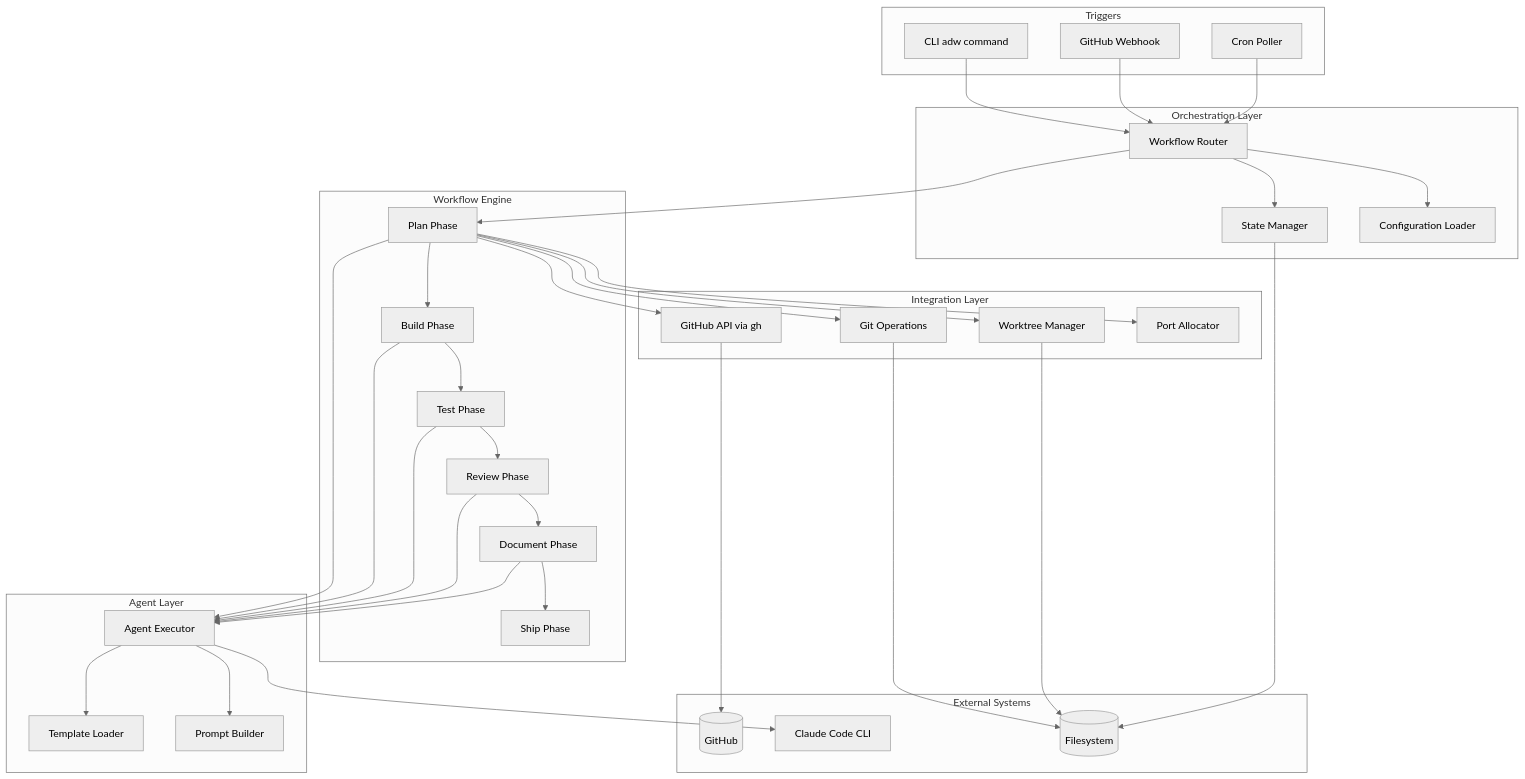
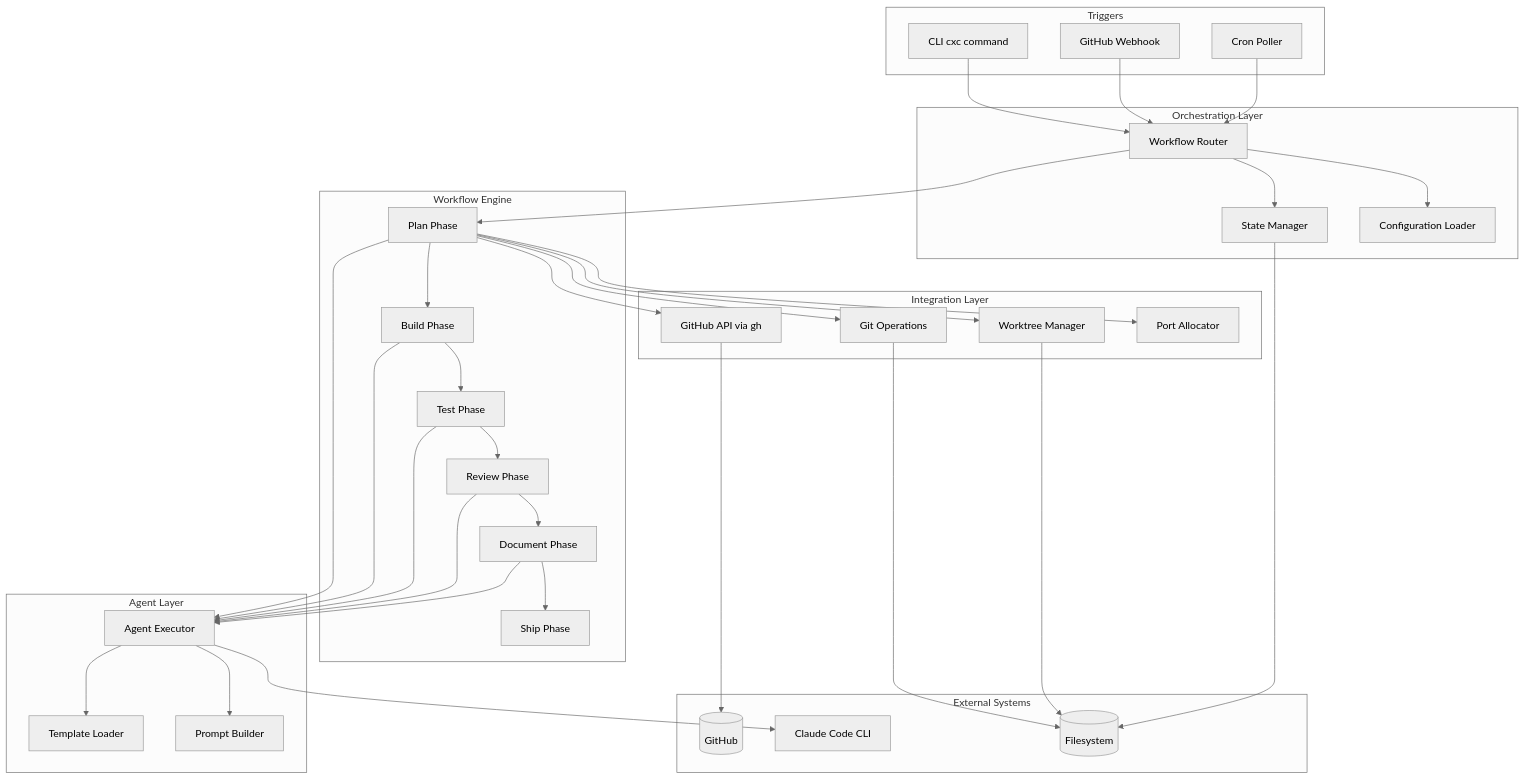
The first of 20 diagrams in .af/specs/fullrepo_dec30/C/design.md (alexfosterinvisible/Cortex-Code), drawn with Mermaid (neutral theme) before and after one commit. The commit also changed other lines of this file and 19 other files, not shown here.

First line of the commit message:
fix: complete adw→cxc rename + fix integration tests

````diff
--- a/.af/specs/fullrepo_dec30/C/design.md
+++ b/.af/specs/fullrepo_dec30/C/design.md
@@ -19,72 +19,72 @@
 ```mermaid
 graph TB
     subgraph Triggers
-        CLI[CLI adw command]
+        CLI[CLI cxc command]
         WH[GitHub Webhook]
         CRON[Cron Poller]
     end
 
     subgraph Orchestration Layer
         ROUTER[Workflow Router]
         STATE[State Manager]
         CONFIG[Configuration Loader]
     end
 
     subgraph Workflow Engine
         PLAN[Plan Phase]
         BUILD[Build Phase]
         TEST[Test Phase]
         REVIEW[Review Phase]
         DOC[Document Phase]
         SHIP[Ship Phase]
     end
 
     subgraph Agent Layer
         AGENT[Agent Executor]
         TMPL[Template Loader]
         PROMPT[Prompt Builder]
     end
 
     subgraph Integration Layer
         GH[GitHub API via gh]
         GIT[Git Operations]
         WT[Worktree Manager]
         PORTS[Port Allocator]
     end
 
     subgraph External Systems
         GITHUB[(GitHub)]
         CLAUDE[Claude Code CLI]
         FS[(Filesystem)]
     end
 
     CLI --> ROUTER
     WH --> ROUTER
     CRON --> ROUTER
 
     ROUTER --> STATE
     ROUTER --> CONFIG
     ROUTER --> PLAN
 
     PLAN --> BUILD --> TEST --> REVIEW --> DOC --> SHIP
 
     PLAN --> AGENT
     BUILD --> AGENT
     TEST --> AGENT
     REVIEW --> AGENT
     DOC --> AGENT
 
     AGENT --> TMPL
     AGENT --> PROMPT
     AGENT --> CLAUDE
 
     PLAN --> GH
     PLAN --> GIT
     PLAN --> WT
     PLAN --> PORTS
 
     GH --> GITHUB
     GIT --> FS
     WT --> FS
     STATE --> FS
 ```
````
